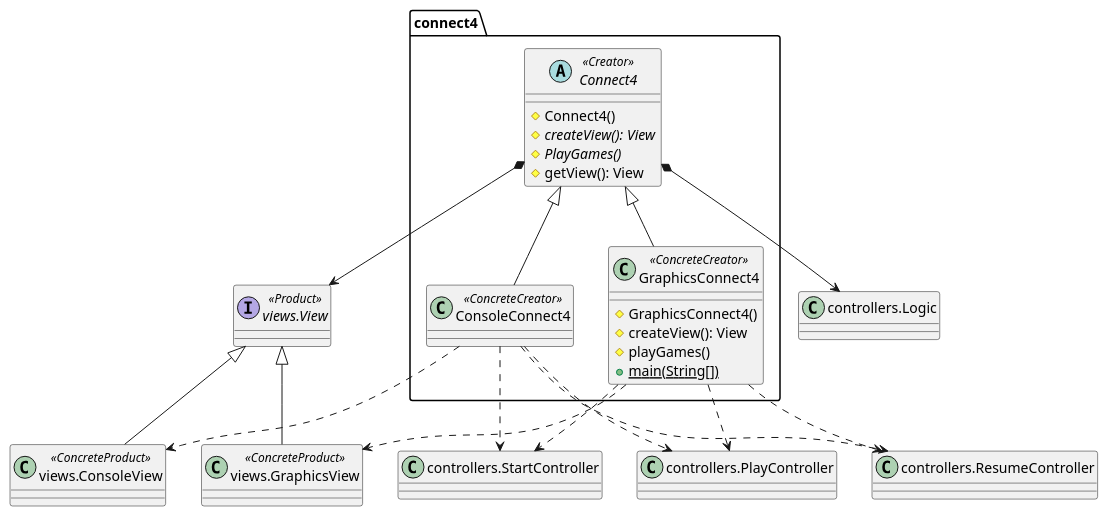
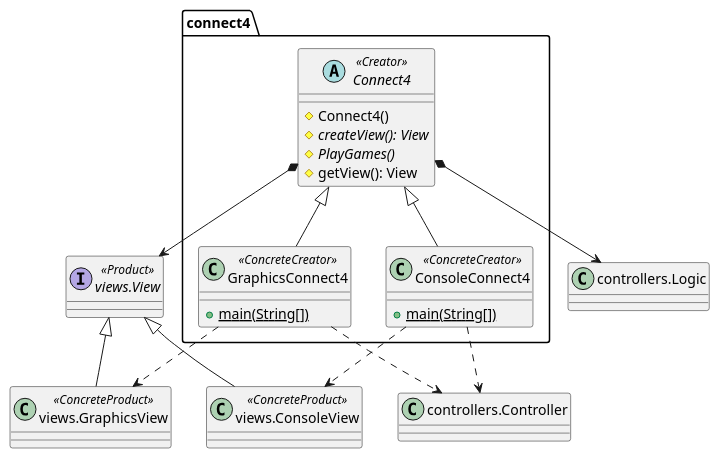
The diagram in connect4/Docs/diagrams/src/packages/connect4.connect4.plantuml (js-rom/connect4), drawn with PlantUML before and after one commit. The commit also changed 9 other files, not shown here.

```diff
--- a/connect4/Docs/diagrams/src/packages/connect4.connect4.plantuml
+++ b/connect4/Docs/diagrams/src/packages/connect4.connect4.plantuml
@@ -1,42 +1,35 @@
 @startuml connect4.connect4
 
 abstract class connect4.Connect4 <<Creator>>
 class connect4.ConsoleConnect4 <<ConcreteCreator>>
 class connect4.GraphicsConnect4 <<ConcreteCreator>>
 class ConsoleView as "views.ConsoleView" <<ConcreteProduct>>
 class GraphicsView as "views.GraphicsView" <<ConcreteProduct>>
 interface View as "views.View" <<Product>>
 class Logic as "controllers.Logic"
-class StartController as "controllers.StartController"
-class PlayController as "controllers.PlayController"
-class ResumeController as "controllers.ResumeController"
+class Controller as "controllers.Controller"
 
 Connect4 <|-- ConsoleConnect4
 Connect4 <|-- GraphicsConnect4
 Connect4 *--> View
 Connect4 *--> Logic
 
 GraphicsConnect4 ..> GraphicsView
 ConsoleConnect4 ..> ConsoleView
 
-ConsoleConnect4 ..> StartController
-ConsoleConnect4 ..> PlayController
-ConsoleConnect4 ..> ResumeController
-GraphicsConnect4 ..> StartController
-GraphicsConnect4 ..> PlayController
-GraphicsConnect4 ..> ResumeController
+ConsoleConnect4 ..> Controller
+GraphicsConnect4 ..> Controller
+
 
 View <|-- ConsoleView
 View <|-- GraphicsView
 
 Connect4 : #Connect4()
 Connect4 : {abstract}#createView(): View
 Connect4 : {abstract}#PlayGames()
 Connect4 : #getView(): View
 
-GraphicsConnect4 : #GraphicsConnect4()
-GraphicsConnect4 : #createView(): View
-GraphicsConnect4 : #playGames()
 GraphicsConnect4 : {static}+main(String[])
+ConsoleConnect4 : {static}+main(String[])
 
 @enduml
```
